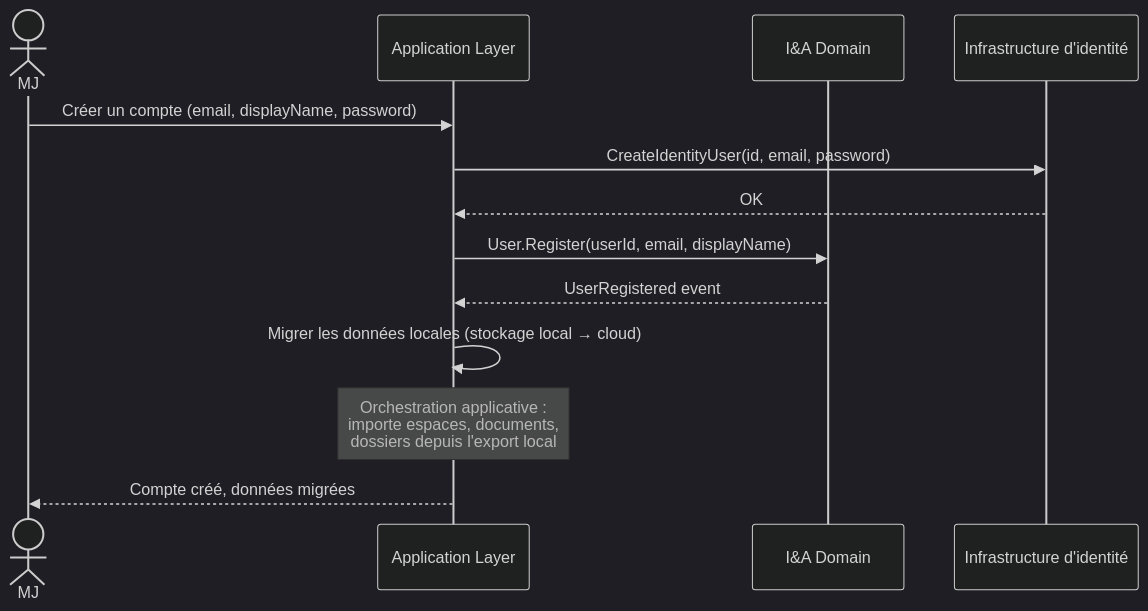
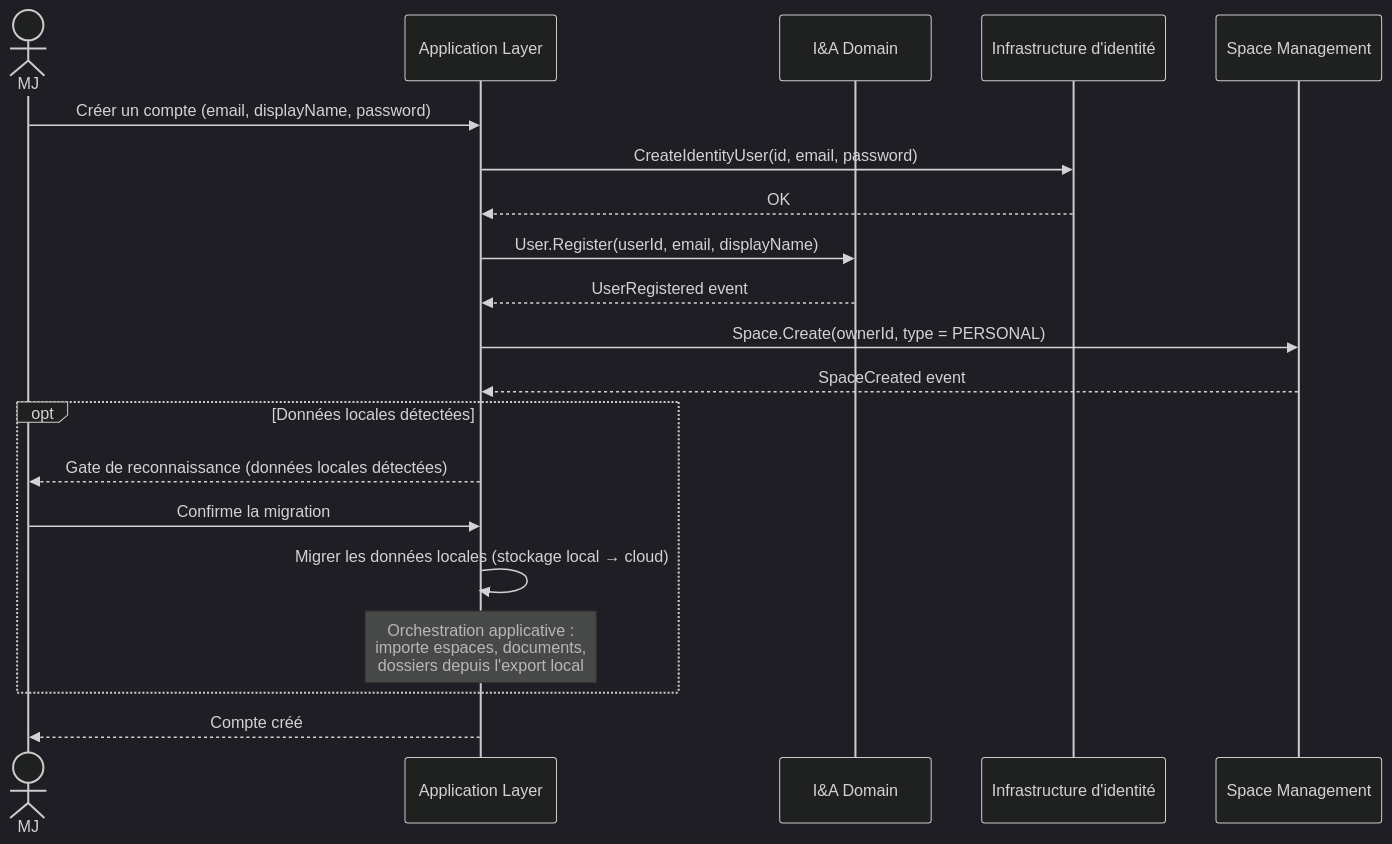
One commit to 2025-10-CDA-ECO-P6/PM-micro-saas changed the first of 6 diagrams in docs/domaine/identity-access/flows.md. Above: the diagram before and after it, drawn with Mermaid (dark theme). The commit also changed other lines of this file, not shown here.

Commit message:
docs(domaine): complète les flux 1, 4 et 5 d'Identity & Access
Flux 1 : création de l'espace PERSONAL à UserRegistered, gate de
reconnaissance avant toute migration (UC-10, ADR-016 § 4). Flux 4 :
adresse validée exigée, confirmation de l'utilisateur, effacement des
documents PLAYER_PRIVATE par Content Library (UC-10 A4). Flux 5 : la
montée de tier dégèle les espaces FROZEN par Space.Unfreeze() (UC-15).

````diff
--- a/docs/domaine/identity-access/flows.md
+++ b/docs/domaine/identity-access/flows.md
@@ -5,16 +5,23 @@
 ```mermaid
 sequenceDiagram
     actor MJ
     participant App as Application Layer
     participant IA as I&A Domain
     participant Identity as Infrastructure d'identité
+    participant SM as Space Management
 
     MJ->>App: Créer un compte (email, displayName, password)
     App->>Identity: CreateIdentityUser(id, email, password)
     Identity-->>App: OK
     App->>IA: User.Register(userId, email, displayName)
     IA-->>App: UserRegistered event
-    App->>App: Migrer les données locales (stockage local → cloud)
-    Note over App: Orchestration applicative :<br/>importe espaces, documents,<br/>dossiers depuis l'export local
-    App-->>MJ: Compte créé, données migrées
+    App->>SM: Space.Create(ownerId, type = PERSONAL)
+    SM-->>App: SpaceCreated event
+    opt Données locales détectées
+        App-->>MJ: Gate de reconnaissance (données locales détectées)
+        MJ->>App: Confirme la migration
+        App->>App: Migrer les données locales (stockage local → cloud)
+        Note over App: Orchestration applicative :<br/>importe espaces, documents,<br/>dossiers depuis l'export local
+    end
+    App-->>MJ: Compte créé
 ```
````
